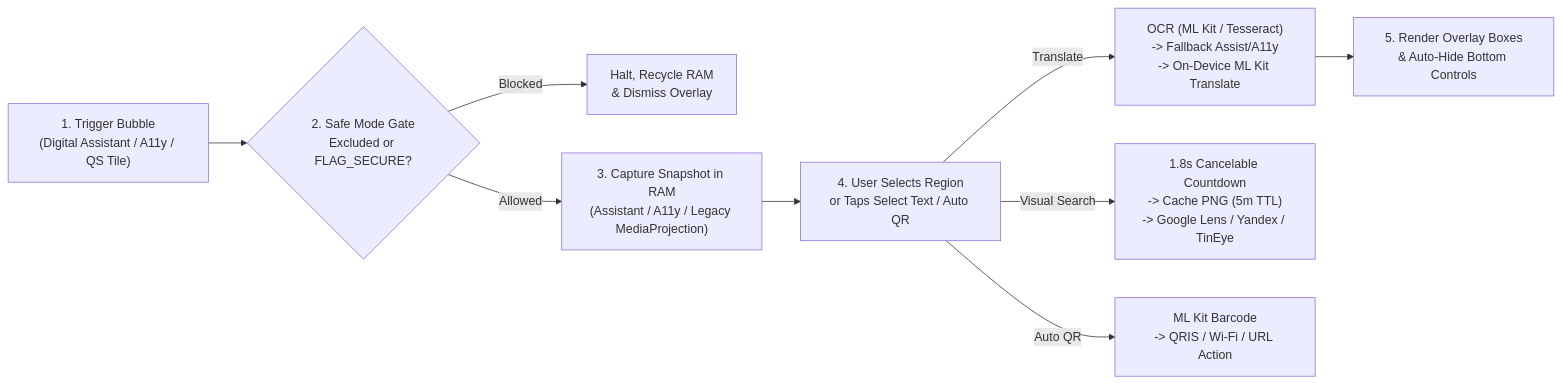
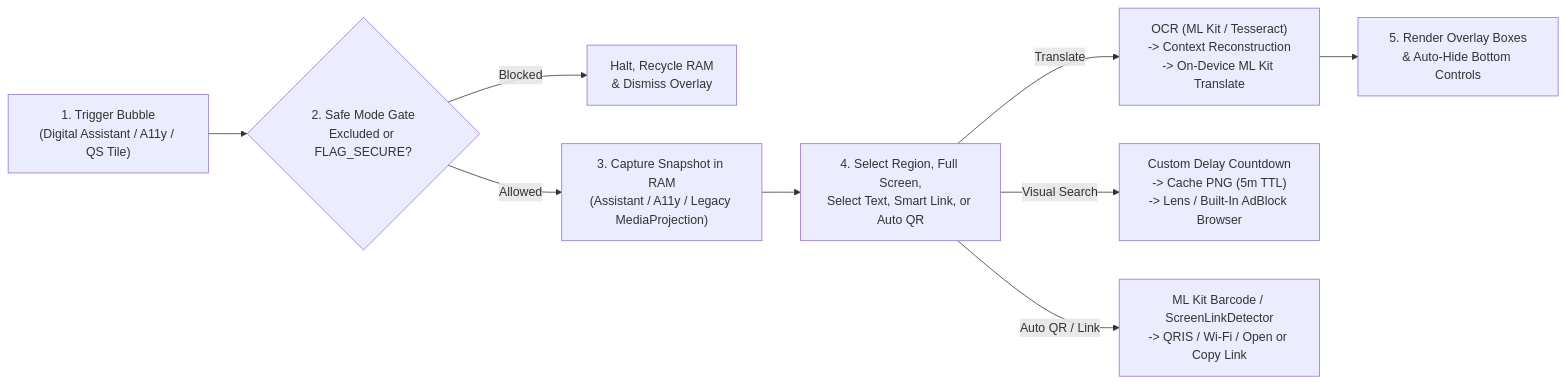
Before and after one commit to AprionoN-Officials/Bubble-Android: the diagram in README.md, drawn with Mermaid. The commit also changed other lines of this file and 46 other files, not shown here.

````diff
--- a/README.md
+++ b/README.md
@@ -340,11 +301,11 @@
 ```mermaid
 flowchart LR
     A["1. Trigger Bubble\n(Digital Assistant / A11y / QS Tile)"] --> B{"2. Safe Mode Gate\nExcluded or FLAG_SECURE?"}
     B -->|Blocked| C["Halt, Recycle RAM\n& Dismiss Overlay"]
     B -->|Allowed| D["3. Capture Snapshot in RAM\n(Assistant / A11y / Legacy MediaProjection)"]
-    D --> E["4. User Selects Region\nor Taps Select Text / Auto QR"]
-    E -->|Translate| F["OCR (ML Kit / Tesseract)\n-> Fallback Assist/A11y\n-> On-Device ML Kit Translate"]
-    E -->|Visual Search| G["1.8s Cancelable Countdown\n-> Cache PNG (5m TTL)\n-> Google Lens / Yandex / TinEye"]
-    E -->|Auto QR| H["ML Kit Barcode\n-> QRIS / Wi-Fi / URL Action"]
+    D --> E["4. Select Region, Full Screen,\nSelect Text, Smart Link, or Auto QR"]
+    E -->|Translate| F["OCR (ML Kit / Tesseract)\n-> Context Reconstruction\n-> On-Device ML Kit Translate"]
+    E -->|Visual Search| G["Custom Delay Countdown\n-> Cache PNG (5m TTL)\n-> Lens / Built-In AdBlock Browser"]
+    E -->|Auto QR / Link| H["ML Kit Barcode / ScreenLinkDetector\n-> QRIS / Wi-Fi / Open or Copy Link"]
     F --> I["5. Render Overlay Boxes\n& Auto-Hide Bottom Controls"]
 ```
````
